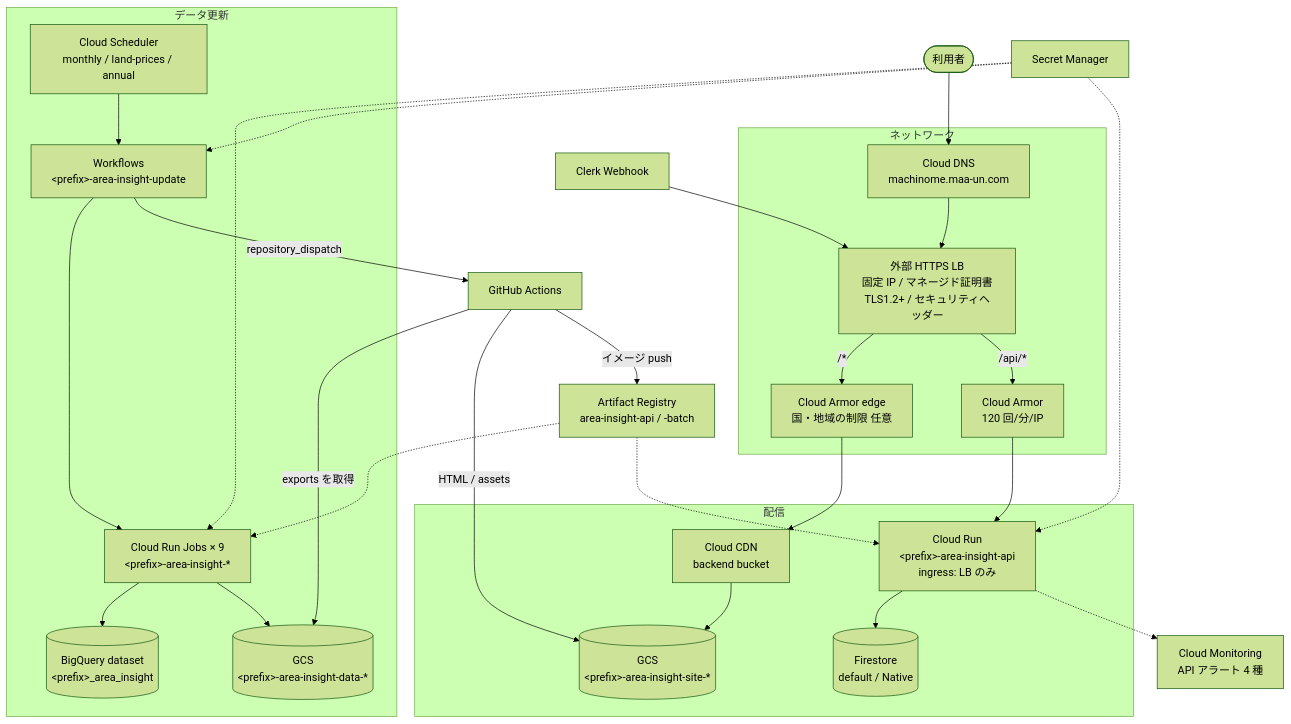
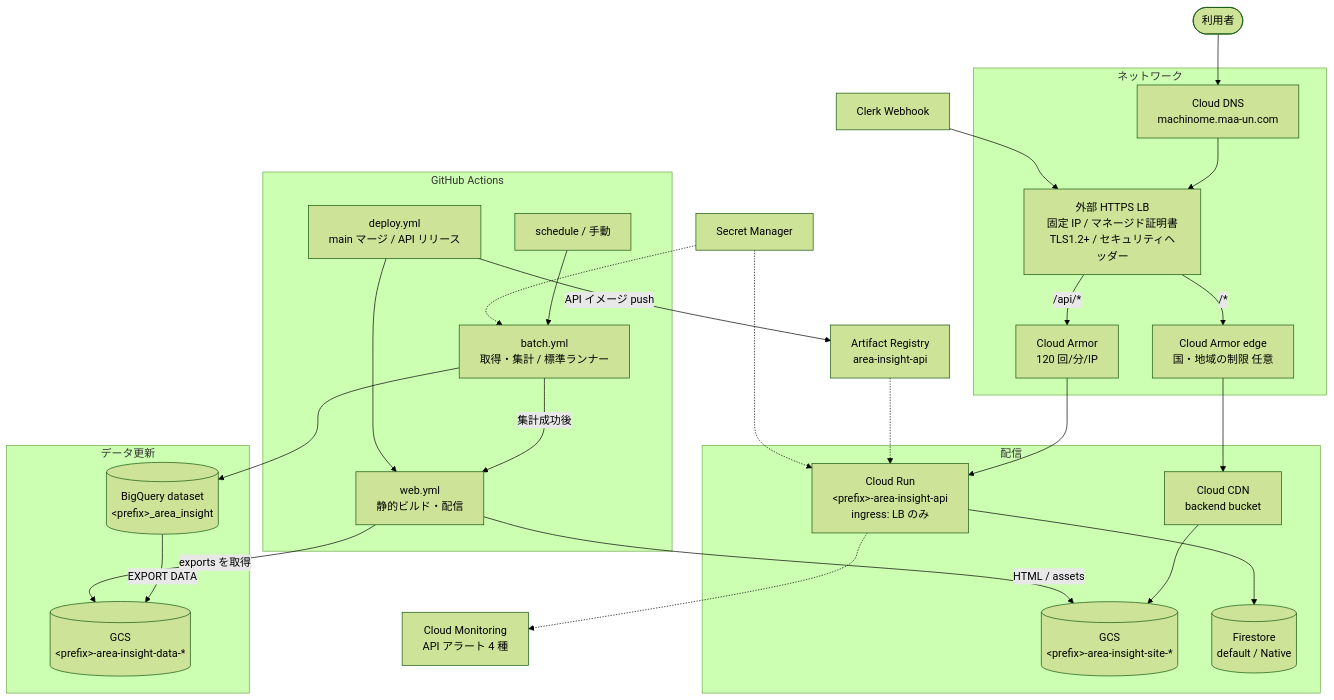
Before and after one commit to maa-un/area-insight: the diagram in docs/infrastructure.md, drawn with Mermaid (forest theme). The commit also changed other lines of this file and 5 other files, not shown here.

````diff
--- a/docs/infrastructure.md
+++ b/docs/infrastructure.md
@@ -12,47 +12,50 @@
 ```mermaid
 flowchart TB
   user([利用者])
-  gh[GitHub Actions]
+  subgraph actions[GitHub Actions]
+    trigger[schedule / 手動]
+    batch[batch.yml<br/>取得・集計 / 標準ランナー]
+    gh[web.yml<br/>静的ビルド・配信]
+    deploy[deploy.yml<br/>main マージ / API リリース]
+  end
   clerkwh[Clerk Webhook]
 
   subgraph net[ネットワーク]
     dns[Cloud DNS<br/>machinome.maa-un.com]
     lb[外部 HTTPS LB<br/>固定 IP / マネージド証明書<br/>TLS1.2+ / セキュリティヘッダー]
     edge[Cloud Armor edge<br/>国・地域の制限 任意]
     armor[Cloud Armor<br/>120 回/分/IP]
   end
 
   subgraph serve[配信]
     cdn[Cloud CDN<br/>backend bucket]
     site[(GCS<br/>&lt;prefix&gt;-area-insight-site-*)]
     run[Cloud Run<br/>&lt;prefix&gt;-area-insight-api<br/>ingress: LB のみ]
     fs[(Firestore<br/>default / Native)]
   end
 
   subgraph upd[データ更新]
-    sch[Cloud Scheduler<br/>monthly / land-prices / annual]
-    wf[Workflows<br/>&lt;prefix&gt;-area-insight-update]
-    jobs[Cloud Run Jobs × 9<br/>&lt;prefix&gt;-area-insight-*]
     bq[(BigQuery dataset<br/>&lt;prefix&gt;_area_insight)]
     data[(GCS<br/>&lt;prefix&gt;-area-insight-data-*)]
   end
 
   sm[Secret Manager]
-  ar[Artifact Registry<br/>area-insight-api / -batch]
+  ar[Artifact Registry<br/>area-insight-api]
   mon[Cloud Monitoring<br/>API アラート 4 種]
 
   user --> dns --> lb
   lb -- "/*" --> edge --> cdn --> site
   lb -- "/api/*" --> armor --> run --> fs
   clerkwh --> lb
 
-  sch --> wf --> jobs --> bq
-  jobs --> data
-  wf -- repository_dispatch --> gh
+  trigger --> batch --> bq
+  bq -- EXPORT DATA --> data
+  batch -- 集計成功後 --> gh
+  deploy --> gh
   gh -- exports を取得 --> data
   gh -- HTML / assets --> site
-  gh -- イメージ push --> ar
-  ar -.-> jobs & run
-  sm -.-> jobs & run & wf
+  deploy -- API イメージ push --> ar
+  ar -.-> run
+  sm -.-> batch & run
   run -.-> mon
 ```
````
